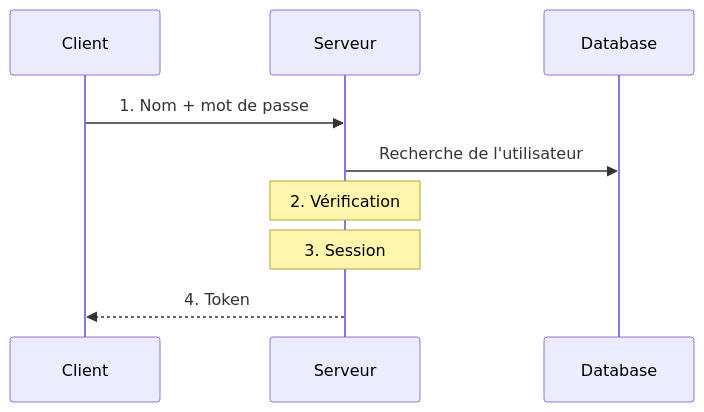
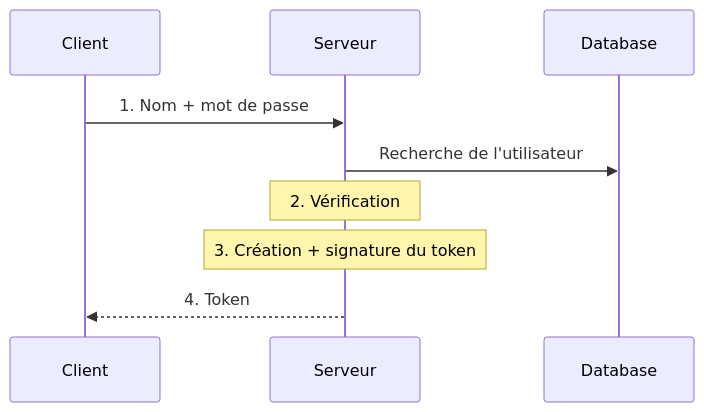
The first of 3 diagrams in slides/03b-jwt.md (ETML-INF/183-SecuriteApplication), drawn with Mermaid before and after one commit. The commit also changed other lines of this file and 3 other files, not shown here.

````diff
--- a/slides/03b-jwt.md
+++ b/slides/03b-jwt.md
@@ -40,11 +77,11 @@
 ```mermaid {scale: 0.8}
 sequenceDiagram
     participant C as Client
     participant S as Serveur
     participant D as Database
     C->>S: 1. Nom + mot de passe
     S->>D: Recherche de l'utilisateur
     Note over S: 2. Vérification
-    Note over S: 3. Session
+    Note over S: 3. Création + signature du token
     S-->>C: 4. Token
 ```
````
